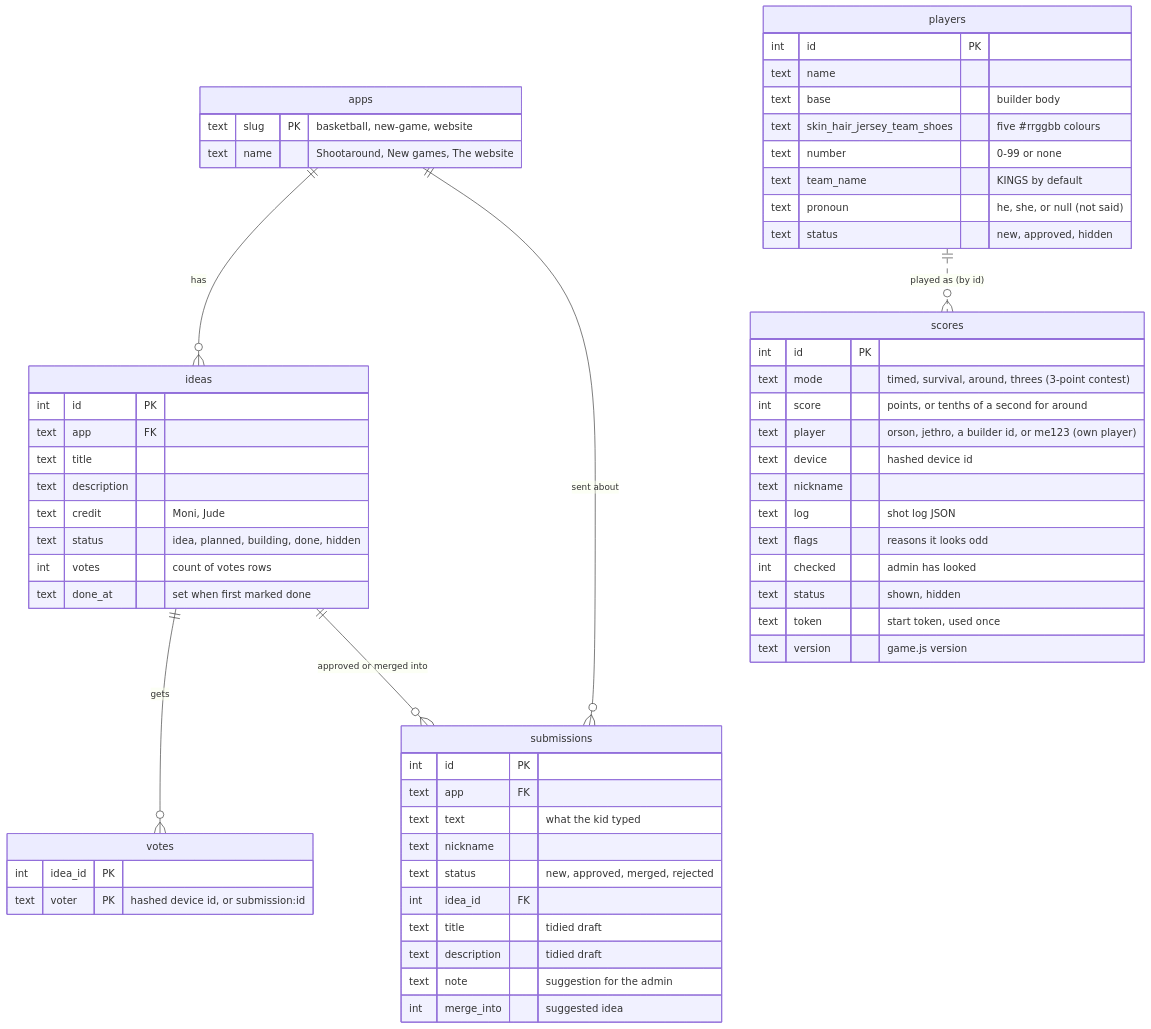
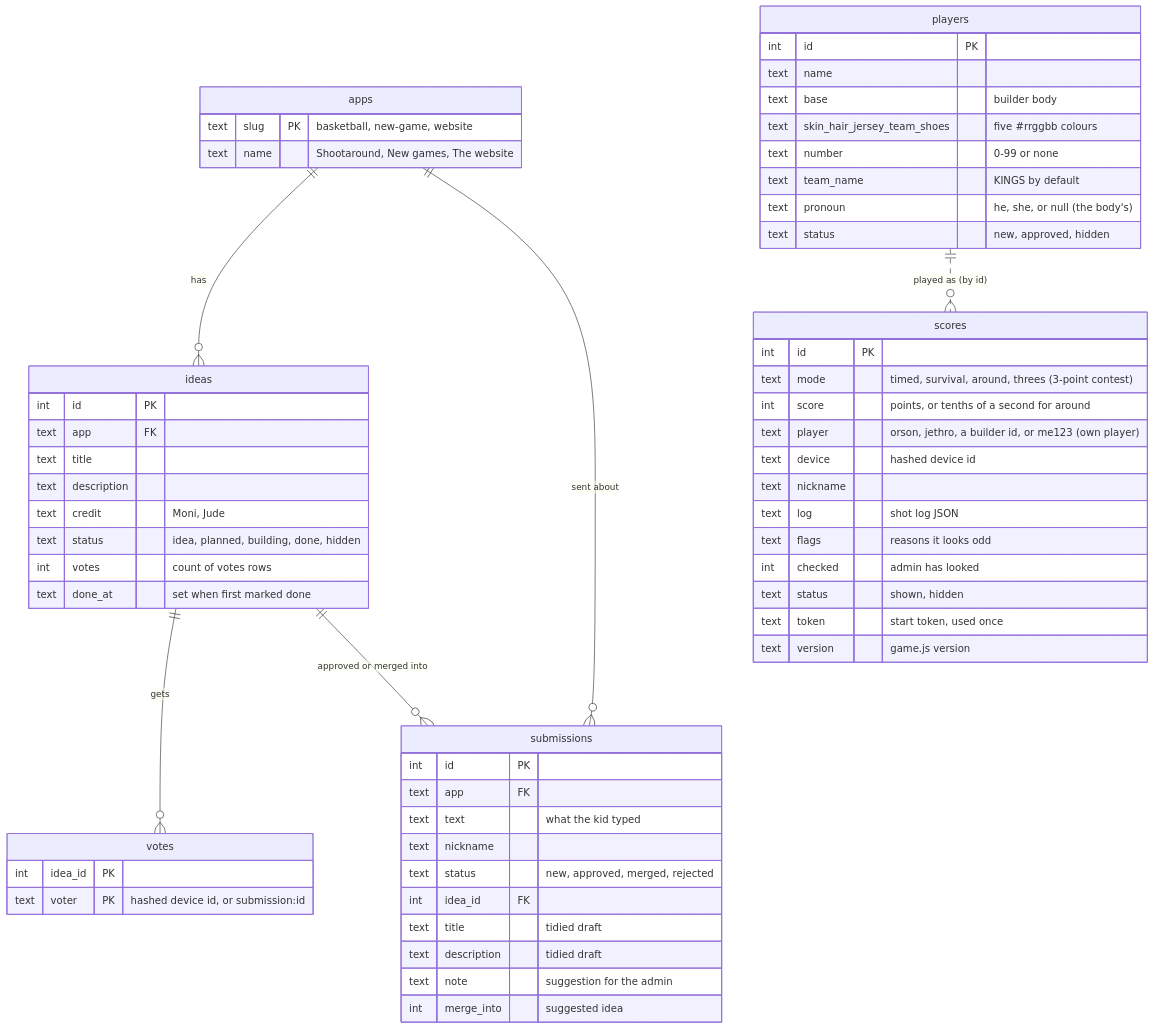
One commit to orsonbrooker/orsonbrooker.github.io changed the third of 7 diagrams in docs/architecture.md. Above: the diagram before and after it, drawn with Mermaid. The commit also changed other lines of this file and 8 other files, not shown here.

First line of the commit message:
He or she comes from the player's body (ponytail and buns are she); the builder no longer asks

````diff
--- a/docs/architecture.md
+++ b/docs/architecture.md
@@ -86,63 +86,63 @@
 ```mermaid
 erDiagram
   apps ||--o{ ideas : "has"
   apps ||--o{ submissions : "sent about"
   ideas ||--o{ votes : "gets"
   ideas ||--o{ submissions : "approved or merged into"
   players ||..o{ scores : "played as (by id)"
 
   apps {
     text slug PK "basketball, new-game, website"
     text name "Shootaround, New games, The website"
   }
   submissions {
     int id PK
     text app FK
     text text "what the kid typed"
     text nickname
     text status "new, approved, merged, rejected"
     int idea_id FK
     text title "tidied draft"
     text description "tidied draft"
     text note "suggestion for the admin"
     int merge_into "suggested idea"
   }
   ideas {
     int id PK
     text app FK
     text title
     text description
     text credit "Moni, Jude"
     text status "idea, planned, building, done, hidden"
     int votes "count of votes rows"
     text done_at "set when first marked done"
   }
   votes {
     int idea_id PK
     text voter PK "hashed device id, or submission:id"
   }
   players {
     int id PK
     text name
     text base "builder body"
     text skin_hair_jersey_team_shoes "five #rrggbb colours"
     text number "0-99 or none"
     text team_name "KINGS by default"
-    text pronoun "he, she, or null (not said)"
+    text pronoun "he, she, or null (the body's)"
     text status "new, approved, hidden"
   }
   scores {
     int id PK
     text mode "timed, survival, around, threes (3-point contest)"
     int score "points, or tenths of a second for around"
     text player "orson, jethro, a builder id, or me123 (own player)"
     text device "hashed device id"
     text nickname
     text log "shot log JSON"
     text flags "reasons it looks odd"
     int checked "admin has looked"
     text status "shown, hidden"
     text token "start token, used once"
     text version "game.js version"
   }
 ```
````
